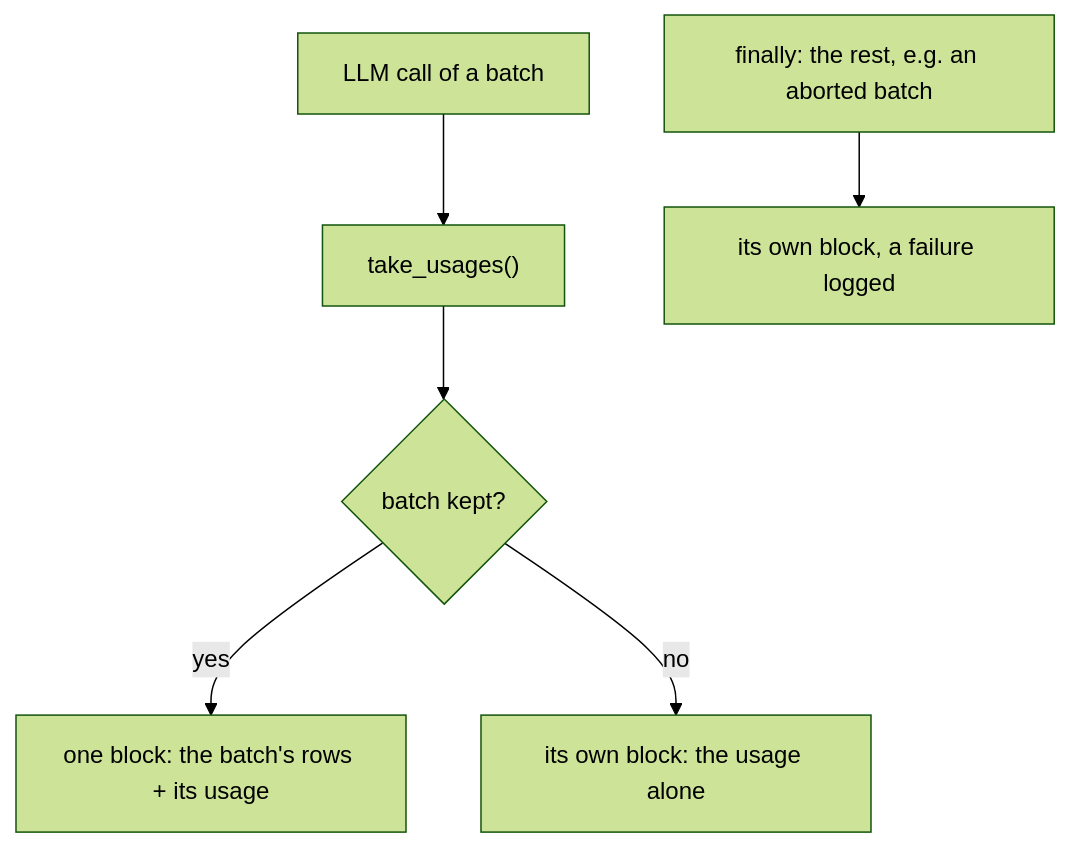
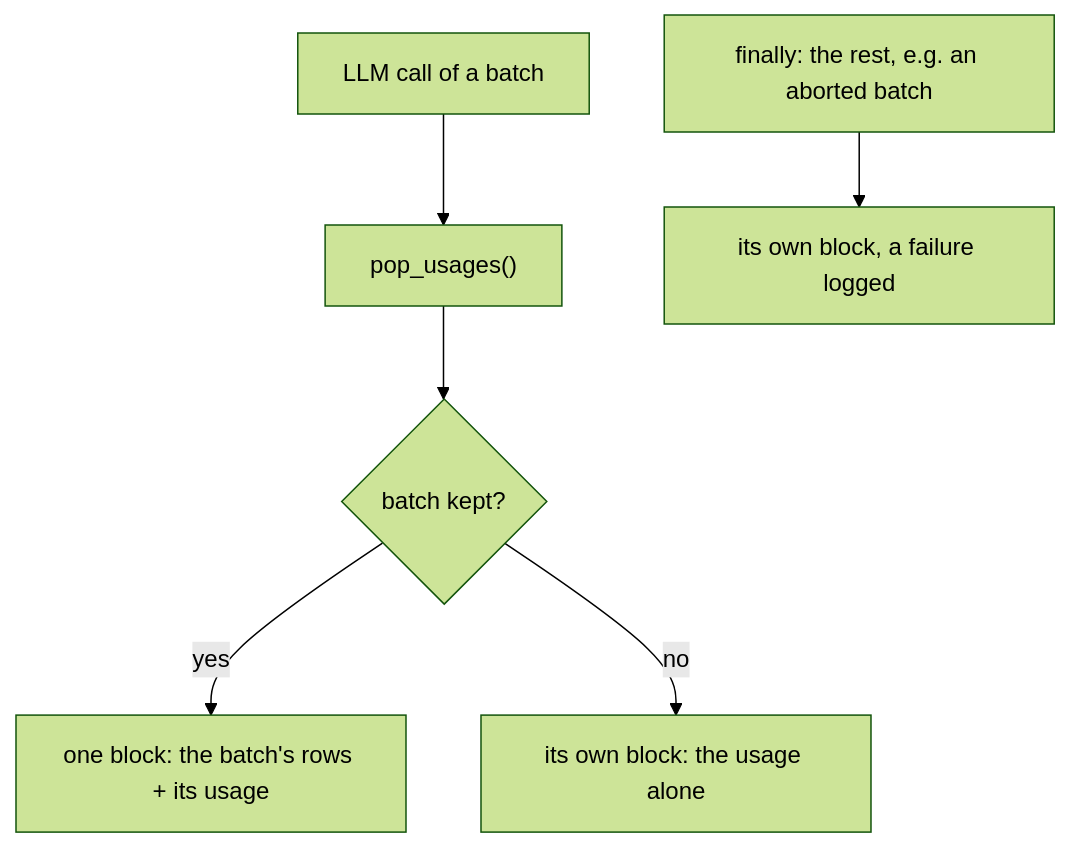
Before and after one commit to ychab/museflow: the second of 2 diagrams in docs/technical/llm-pipeline.md, drawn with Mermaid (forest theme). The commit also changed other lines of this file and 25 other files, not shown here.

First line of the commit message:
refactor(llm): pop_usages, run_usages and save name what they do

````diff
--- a/docs/technical/llm-pipeline.md
+++ b/docs/technical/llm-pipeline.md
@@ -251,8 +251,8 @@
 ```mermaid
 flowchart TB
-    CALL["LLM call of a batch"] --> TAKE["take_usages()"]
-    TAKE --> OK{"batch kept?"}
+    CALL["LLM call of a batch"] --> POP["pop_usages()"]
+    POP --> OK{"batch kept?"}
     OK -- yes --> TX["one block: the batch's rows + its usage"]
     OK -- no --> ALONE["its own block: the usage alone"]
     REST["finally: the rest, e.g. an aborted batch"] --> REC["its own block, a failure logged"]
 ```
````
